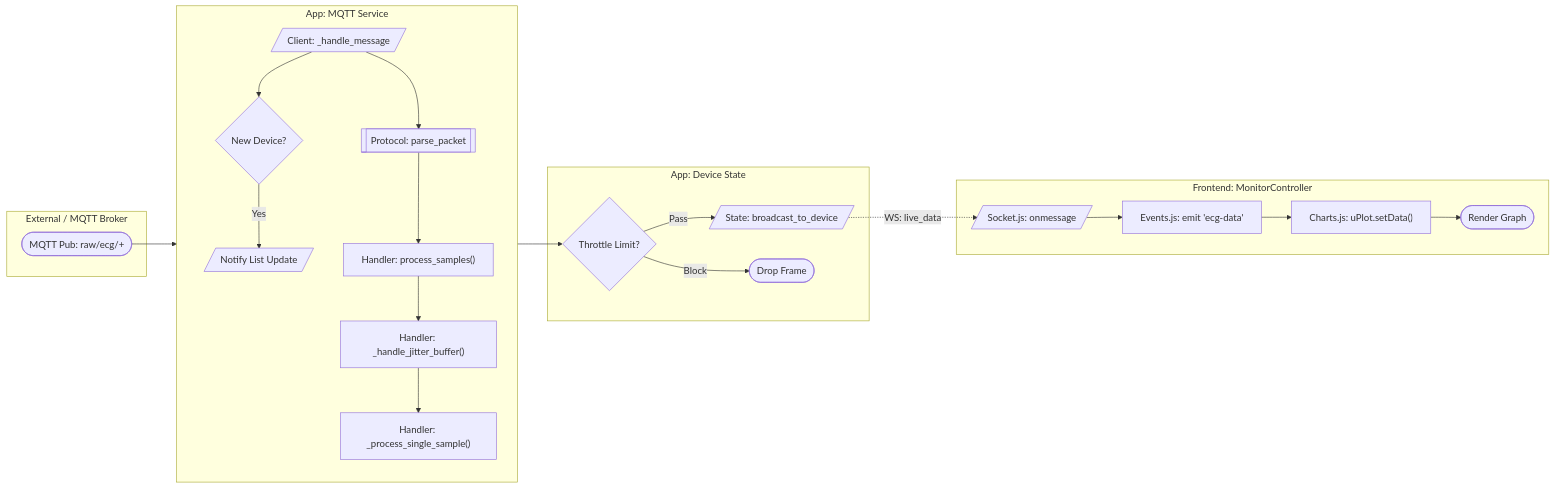
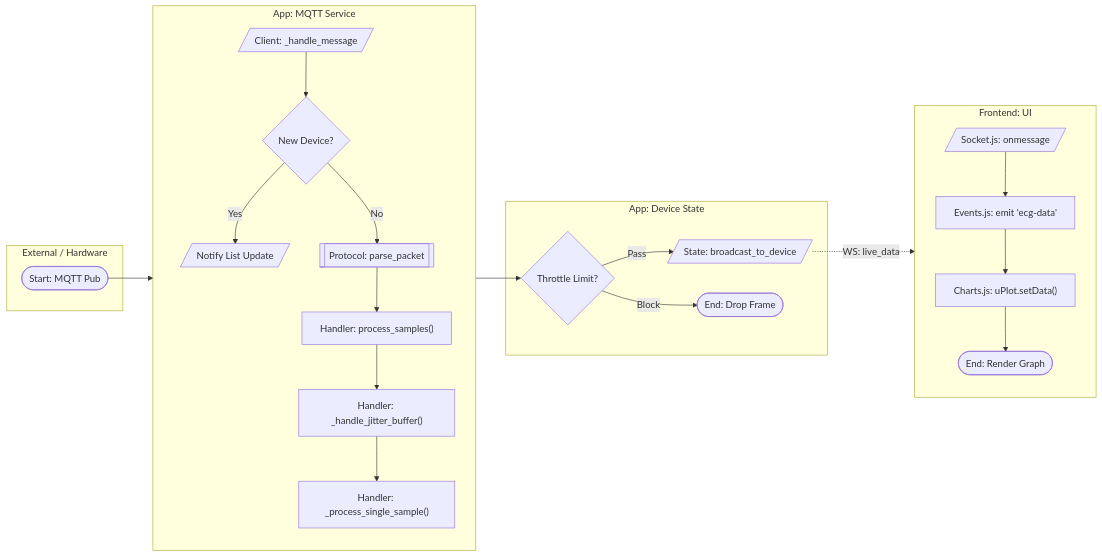
One commit to affanrk/ecg-puskesmas changed the first of 9 diagrams in SYSTEM_FLOWS.md. Above: the diagram before and after it, drawn with Mermaid. The commit also changed other lines of this file, not shown here.

Commit message:
Update System Flow

````diff
--- a/SYSTEM_FLOWS.md
+++ b/SYSTEM_FLOWS.md
@@ -18,40 +18,41 @@
 ```mermaid
 flowchart LR
-    %% SWIMLANE: HARDWARE / BROKER
-    subgraph External [External / MQTT Broker]
-        StartStream([MQTT Pub: raw/ecg/+])
+    %% SWIMLANE: HARDWARE
+    subgraph External [External / Hardware]
+        StartStream([Start: MQTT Pub])
     end
 
-    %% SWIMLANE: BACKEND SERVICE LAYER
-    subgraph Backend_MQTT [App: MQTT Service]
+    %% SWIMLANE: BACKEND SERVICE
+    subgraph Backend_Service [App: MQTT Service]
         direction TB
         RecvMsg[/Client: _handle_message/]
         Parse[[Protocol: parse_packet]]
         CheckNew{New Device?}
         
-        RecvMsg --> Parse
         RecvMsg --> CheckNew
         CheckNew -- Yes --> NotifyList[/Notify List Update/]
+        CheckNew -- No --> Parse
         
         Parse --> Process["Handler: process_samples()"]
         Process --> Jitter["Handler: _handle_jitter_buffer()"]
         Jitter --> LiveCalc["Handler: _process_single_sample()"]
     end
 
-    %% SWIMLANE: BACKEND STATE MANAGEMENT
+    %% SWIMLANE: BACKEND STATE
     subgraph Backend_State [App: Device State]
         LiveCalc --> Thrott{Throttle Limit?}
         Thrott -- Pass --> BroadWS[/State: broadcast_to_device/]
-        Thrott -- Block --> Drop([Drop Frame])
+        Thrott -- Block --> Drop([End: Drop Frame])
     end
 
     %% SWIMLANE: FRONTEND
-    subgraph Frontend [Frontend: MonitorController]
+    subgraph Frontend [Frontend: UI]
+        direction TB
         BroadWS -.->|WS: live_data| SocketRx[/Socket.js: onmessage/]
         SocketRx --> EvBus[Events.js: emit 'ecg-data']
         EvBus --> Chart["Charts.js: uPlot.setData()"]
-        Chart --> Render([Render Graph])
+        Chart --> Render([End: Render Graph])
     end
 
     StartStream --> RecvMsg
 ```
````
